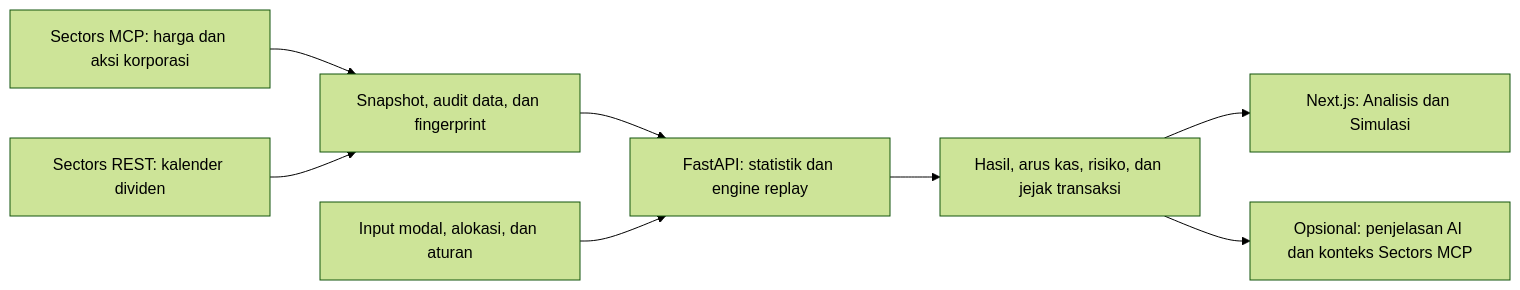
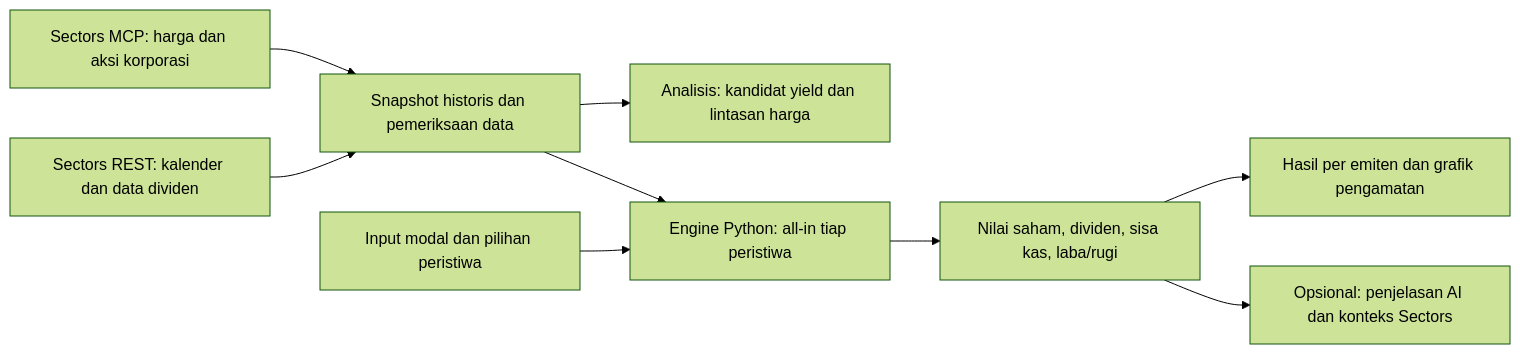
The diagram in README.md (YohanesVito/horizon), drawn with Mermaid (forest theme) before and after one commit. The commit also changed other lines of this file and 4 other files, not shown here.

````diff
--- a/README.md
+++ b/README.md
@@ -83,10 +86,11 @@
 ```mermaid
 flowchart LR
-  M["Sectors MCP: harga dan aksi korporasi"] --> D["Snapshot, audit data, dan fingerprint"]
-  C["Sectors REST: kalender dividen"] --> D
-  D --> E["FastAPI: statistik dan engine replay"]
-  U["Input modal, alokasi, dan aturan"] --> E
-  E --> R["Hasil, arus kas, risiko, dan jejak transaksi"]
-  R --> UI["Next.js: Analisis dan Simulasi"]
-  R --> AI["Opsional: penjelasan AI dan konteks Sectors MCP"]
+  M["Sectors MCP: harga dan aksi korporasi"] --> D["Snapshot historis dan pemeriksaan data"]
+  C["Sectors REST: kalender dan data dividen"] --> D
+  D --> A["Analisis: kandidat yield dan lintasan harga"]
+  D --> E["Engine Python: all-in tiap peristiwa"]
+  U["Input modal dan pilihan peristiwa"] --> E
+  E --> R["Nilai saham, dividen, sisa kas, laba/rugi"]
+  R --> UI["Hasil per emiten dan grafik pengamatan"]
+  R --> AI["Opsional: penjelasan AI dan konteks Sectors"]
 ```
````
